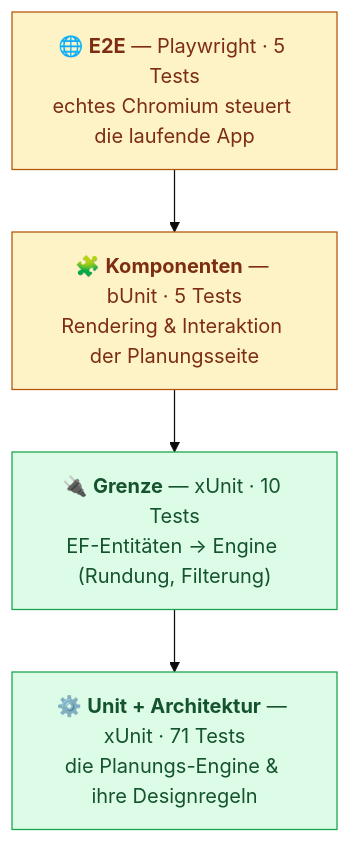
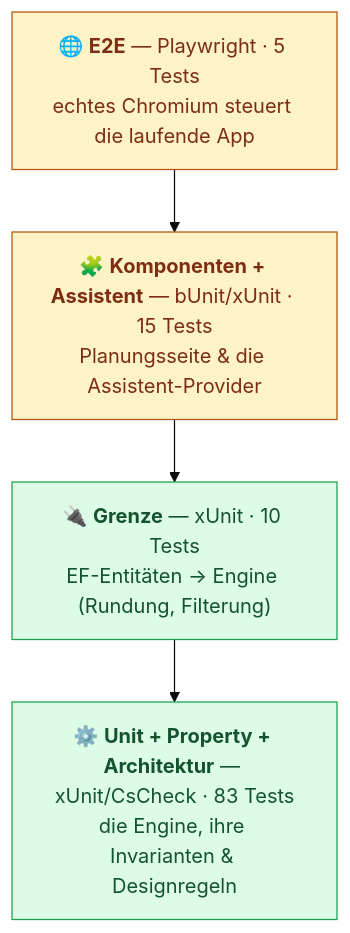
Before and after one commit to aco993/WorkPlanStudio: the diagram in docs/TESTING.de.md, drawn with Mermaid (base theme). The commit also changed other lines of this file and 4 other files, not shown here.

First line of the commit message:
docs: reflect property-based tests and refreshed test counts

````diff
--- a/docs/TESTING.de.md
+++ b/docs/TESTING.de.md
@@ -14,14 +14,14 @@
 ```mermaid
 graph TD
     E2E["🌐 <b>E2E</b> — Playwright · 5 Tests<br/>echtes Chromium steuert die laufende App"]
-    COMP["🧩 <b>Komponenten</b> — bUnit · 5 Tests<br/>Rendering &amp; Interaktion der Planungsseite"]
+    COMP["🧩 <b>Komponenten + Assistent</b> — bUnit/xUnit · 15 Tests<br/>Planungsseite &amp; die Assistent-Provider"]
     MAP["🔌 <b>Grenze</b> — xUnit · 10 Tests<br/>EF-Entitäten → Engine (Rundung, Filterung)"]
-    UNIT["⚙️ <b>Unit + Architektur</b> — xUnit · 71 Tests<br/>die Planungs-Engine &amp; ihre Designregeln"]
+    UNIT["⚙️ <b>Unit + Property + Architektur</b> — xUnit/CsCheck · 83 Tests<br/>die Engine, ihre Invarianten &amp; Designregeln"]
 
     E2E --> COMP --> MAP --> UNIT
 
     classDef fast fill:#dcfce7,stroke:#16a34a,color:#14532d;
     classDef slow fill:#fef3c7,stroke:#b45309,color:#7c2d12;
     class UNIT,MAP fast;
     class COMP,E2E slow;
 ```
````
